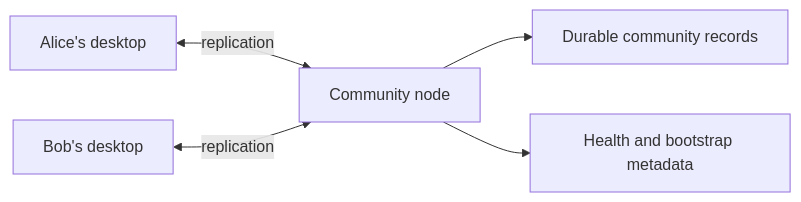
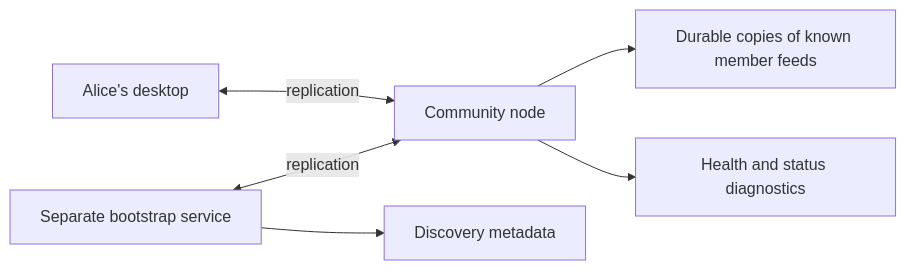
The diagram in docs/education/10-community-node-responsibility.md (matthewlovestocode/peer-hours), drawn with Mermaid before and after one commit. The commit also changed other lines of this file and 14 other files, not shown here.

````diff
--- a/docs/education/10-community-node-responsibility.md
+++ b/docs/education/10-community-node-responsibility.md
@@ -13,7 +13,8 @@
 ```mermaid
 flowchart LR
   A["Alice's desktop"] <-->|"replication"| N["Community node"]
   B["Bob's desktop"] <-->|"replication"| N
-  N --> S["Durable community records"]
-  N --> H["Health and bootstrap metadata"]
+  N --> S["Durable copies of known member feeds"]
+  N --> H["Health and status diagnostics"]
+  B["Separate bootstrap service"] --> D["Discovery metadata"]
 ```
````
